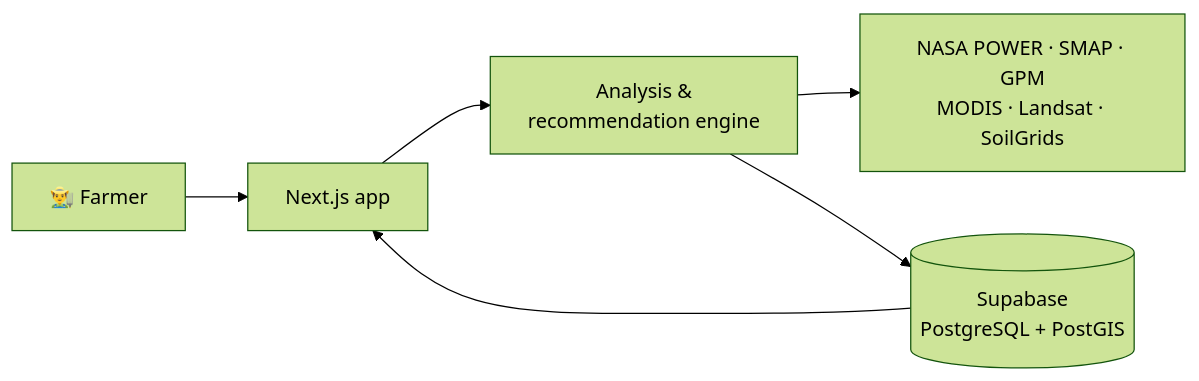
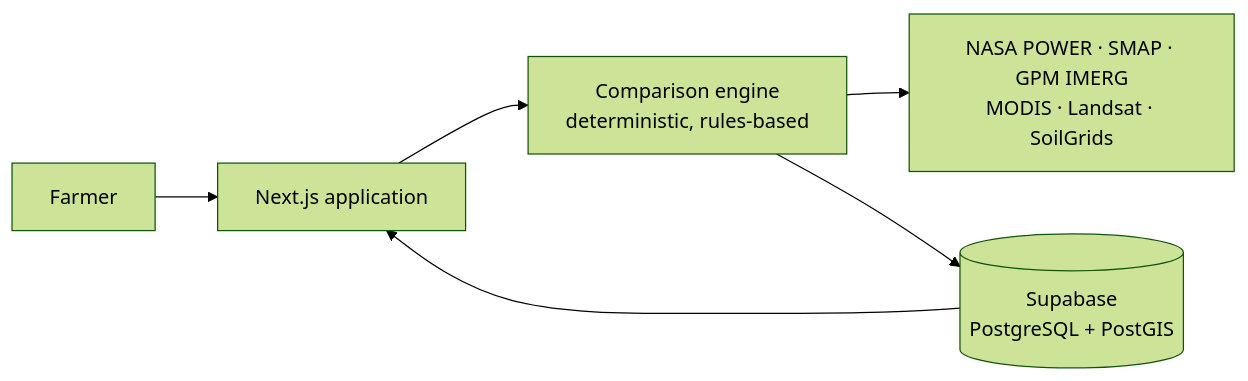
The first of 2 diagrams in README.md (vip-ultr/dalashift), drawn with Mermaid (forest theme) before and after one commit. The commit also changed other lines of this file and 8 other files, not shown here.

````diff
--- a/README.md
+++ b/README.md
@@ -114,8 +115,8 @@
 ```mermaid
 flowchart LR
-    Farmer["👨‍🌾 Farmer"] --> App["Next.js app"]
-    App --> Svc["Analysis &<br/>recommendation engine"]
-    Svc --> Data["NASA POWER · SMAP · GPM<br/>MODIS · Landsat · SoilGrids"]
-    Svc --> DB[("Supabase<br/>PostgreSQL + PostGIS")]
+    Farmer["Farmer"] --> App["Next.js application"]
+    App --> Engine["Comparison engine<br/>deterministic, rules-based"]
+    Engine --> Data["NASA POWER · SMAP · GPM IMERG<br/>MODIS · Landsat · SoilGrids"]
+    Engine --> DB[("Supabase<br/>PostgreSQL + PostGIS")]
     DB --> App
 ```
````
